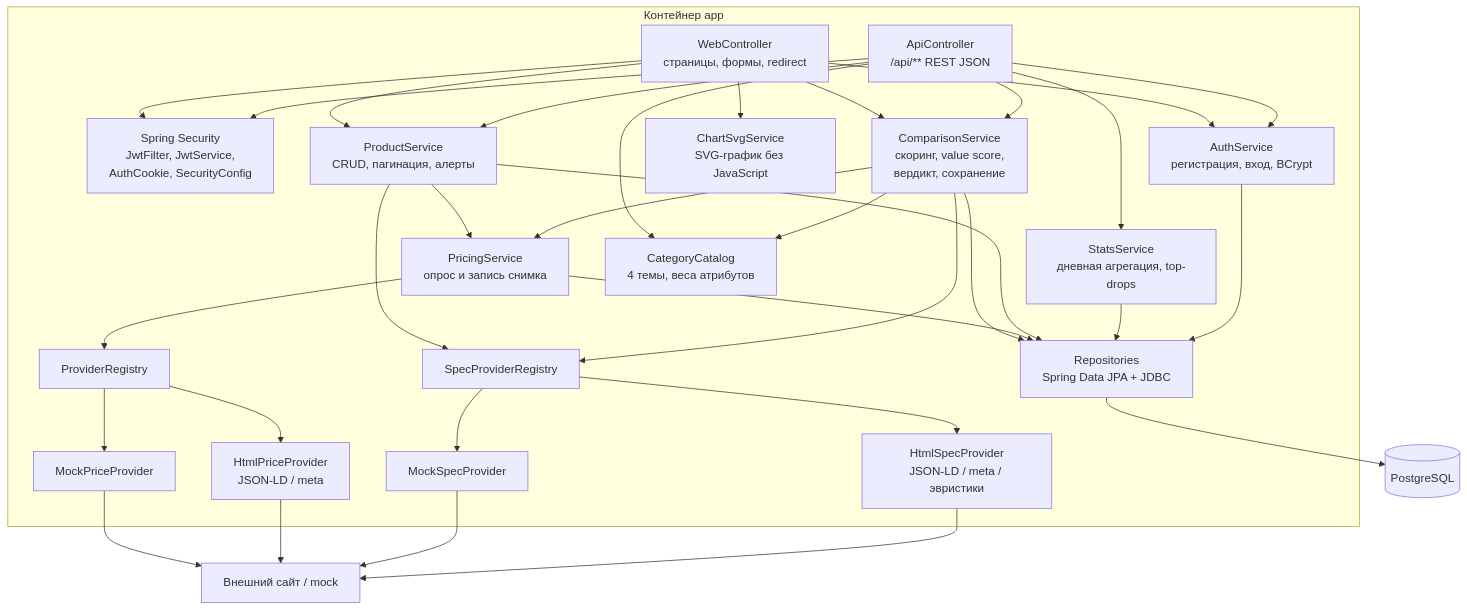
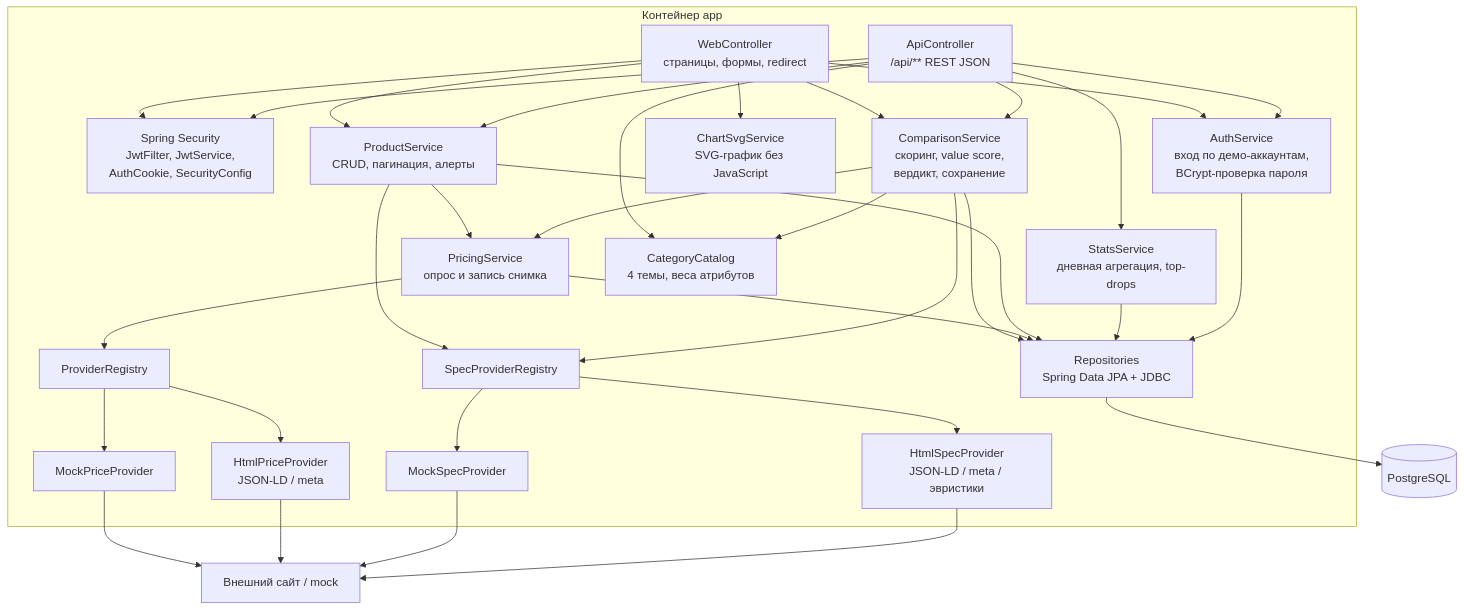
One commit to brawlat12344-ops/pricetracker changed the third of 4 diagrams in docs/c4.md. Above: the diagram before and after it, drawn with Mermaid. The commit also changed 13 other files, not shown here.

````diff
--- a/docs/c4.md
+++ b/docs/c4.md
@@ -63,57 +63,57 @@
 ```mermaid
 flowchart TB
     subgraph APP["Контейнер app"]
         WEB["WebController<br/>страницы, формы, redirect"]
         API["ApiController<br/>/api/** REST JSON"]
         SEC["Spring Security<br/>JwtFilter, JwtService,<br/>AuthCookie, SecurityConfig"]
-        AUTH["AuthService<br/>регистрация, вход, BCrypt"]
+        AUTH["AuthService<br/>вход по демо-аккаунтам,<br/>BCrypt-проверка пароля"]
         PROD["ProductService<br/>CRUD, пагинация, алерты"]
         STAT["StatsService<br/>дневная агрегация, top-drops"]
         CHART["ChartSvgService<br/>SVG-график без JavaScript"]
         PRICE["PricingService<br/>опрос и запись снимка"]
         REG["ProviderRegistry"]
         MOCK["MockPriceProvider"]
         HTML["HtmlPriceProvider<br/>JSON-LD / meta"]
         CAT["CategoryCatalog<br/>4 темы, веса атрибутов"]
         CMP["ComparisonService<br/>скоринг, value score,<br/>вердикт, сохранение"]
         SREG["SpecProviderRegistry"]
         SMOCK["MockSpecProvider"]
         SHTML["HtmlSpecProvider<br/>JSON-LD / meta / эвристики"]
         REPO["Repositories<br/>Spring Data JPA + JDBC"]
     end
 
     DB[("PostgreSQL")]
     EXT["Внешний сайт / mock"]
 
     WEB --> SEC
     API --> SEC
     WEB --> AUTH
     API --> AUTH
     WEB --> PROD
     API --> PROD
     API --> STAT
     WEB --> CHART
     WEB --> CMP
     API --> CAT
     API --> CMP
     PROD --> PRICE
     PROD --> SREG
     CMP --> PRICE
     CMP --> CAT
     CMP --> SREG
     CMP --> REPO
     PRICE --> REG
     REG --> MOCK
     REG --> HTML
     SREG --> SMOCK
     SREG --> SHTML
     PRICE --> REPO
     PROD --> REPO
     STAT --> REPO
     AUTH --> REPO
     REPO --> DB
     MOCK --> EXT
     HTML --> EXT
     SMOCK --> EXT
     SHTML --> EXT
 ```
````
